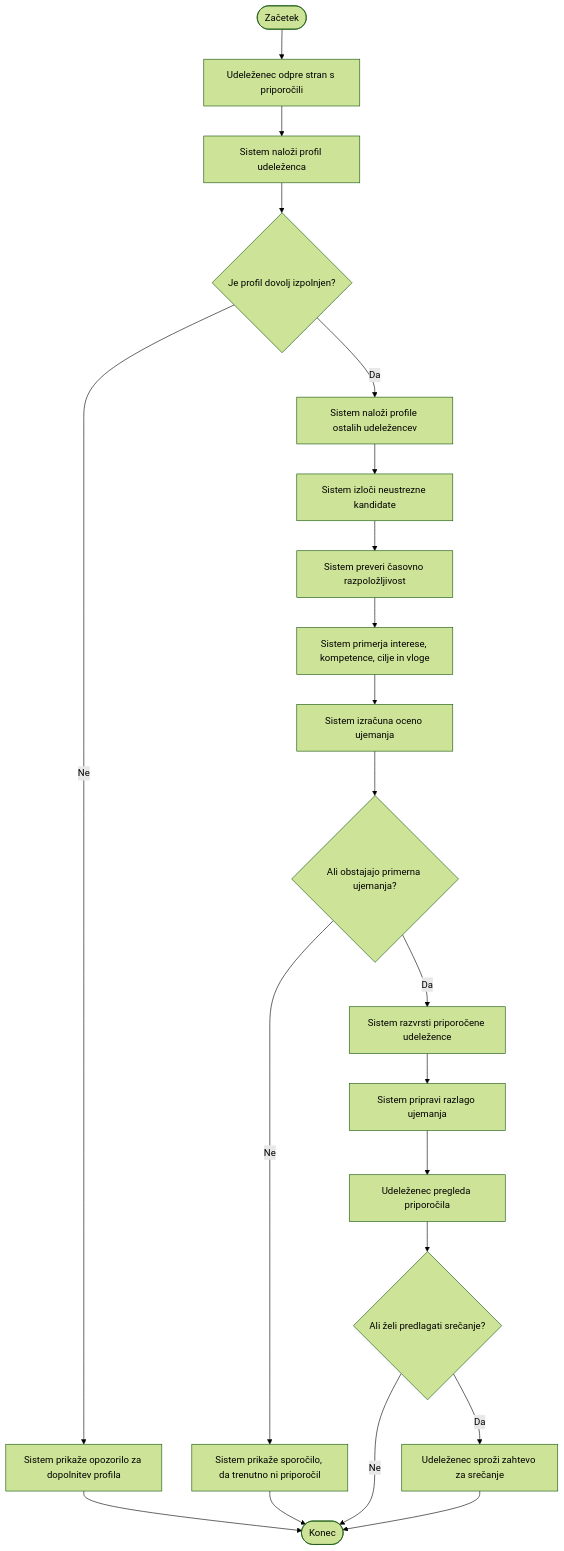
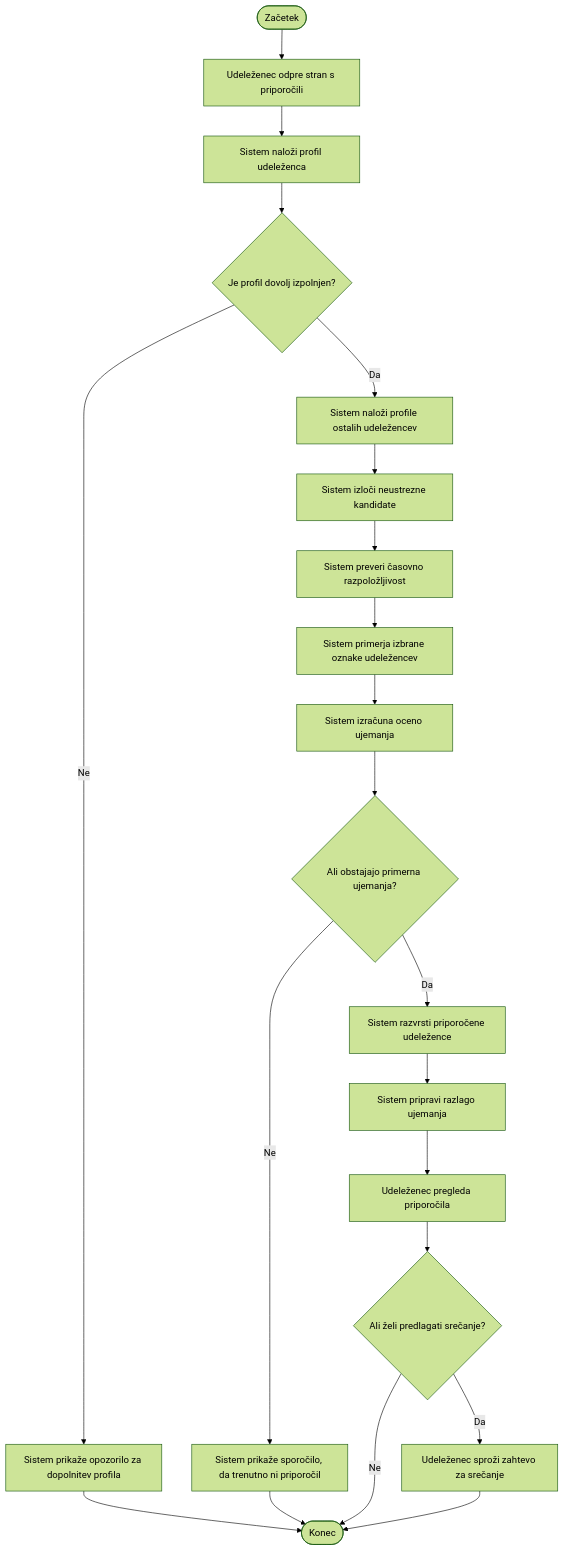
Before and after one commit to nikop36/confera: the first of 5 diagrams in docs/03-nacrt/diagrami/Activity diagram/README.md, drawn with Mermaid (forest theme). The commit also changed 42 other files, not shown here.

````diff
--- a/docs/03-nacrt/diagrami/Activity diagram/README.md
+++ b/docs/03-nacrt/diagrami/Activity diagram/README.md
@@ -7,28 +7,28 @@
 ```mermaid
 flowchart TD
     A([Začetek]) --> B["Udeleženec odpre stran s priporočili"]
     B --> C["Sistem naloži profil udeleženca"]
     C --> D{"Je profil dovolj izpolnjen?"}
 
     D -- "Ne" --> E["Sistem prikaže opozorilo za dopolnitev profila"]
     E --> Z([Konec])
 
     D -- "Da" --> F["Sistem naloži profile ostalih udeležencev"]
     F --> G["Sistem izloči neustrezne kandidate"]
     G --> I["Sistem preveri časovno razpoložljivost"]
-    I --> H["Sistem primerja interese, kompetence, cilje in vloge"]
+    I --> H["Sistem primerja izbrane oznake udeležencev"]
     H --> J["Sistem izračuna oceno ujemanja"]
     J --> K{"Ali obstajajo primerna ujemanja?"}
 
     K -- "Ne" --> L["Sistem prikaže sporočilo, da trenutno ni priporočil"]
     L --> Z
 
     K -- "Da" --> M["Sistem razvrsti priporočene udeležence"]
     M --> N["Sistem pripravi razlago ujemanja"]
     N --> O["Udeleženec pregleda priporočila"]
     O --> P{"Ali želi predlagati srečanje?"}
 
     P -- "Ne" --> Z
     P -- "Da" --> Q["Udeleženec sproži zahtevo za srečanje"]
     Q --> Z
 ```
````
